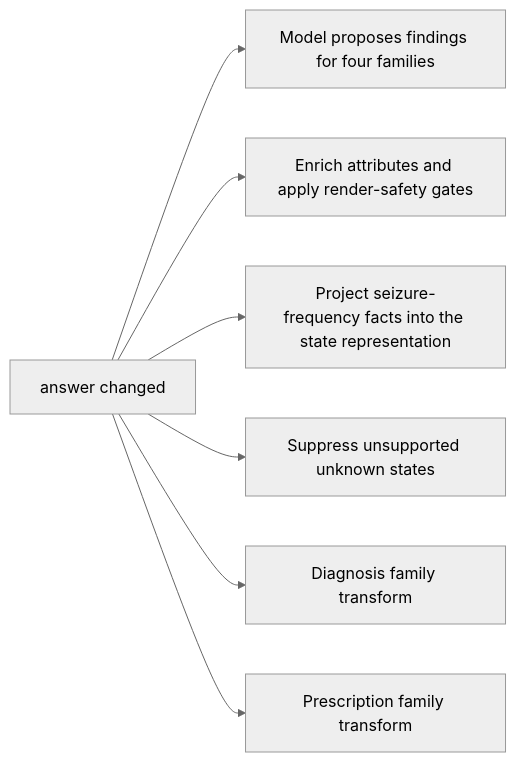
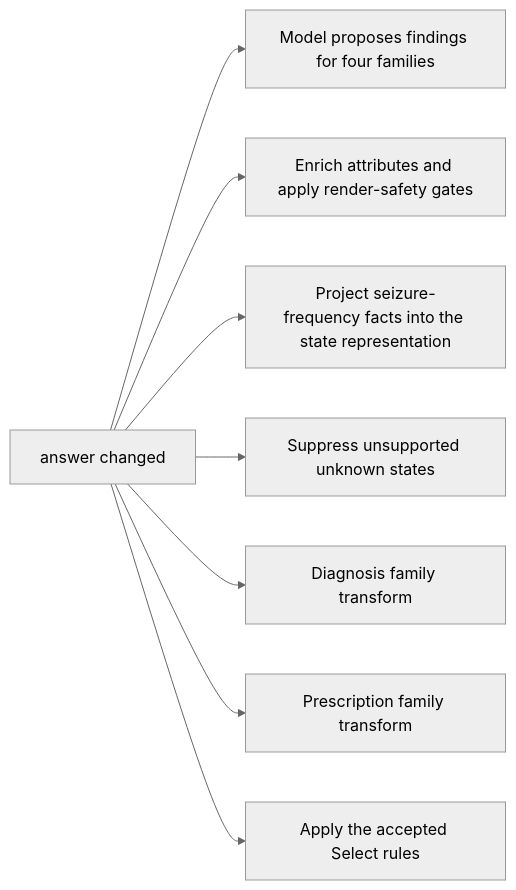
One commit to cbrown564-alt/clinical_extraction changed the sixth of 6 diagrams in docs/architecture/diagrams/attribution_origins.md. Above: the diagram before and after it, drawn with Mermaid (neutral theme). The commit also changed other lines of this file and 15 other files, not shown here.

First line of the commit message:
Show the ExECT select-rule stage on the architecture cards.

````diff
--- a/docs/architecture/diagrams/attribution_origins.md
+++ b/docs/architecture/diagrams/attribution_origins.md
@@ -97,16 +97,18 @@
 ```mermaid
 flowchart LR
   origin_exectv2_llm_pre_post["answer changed"]
   exect_llm_pre_post_model_call["Model proposes findings for four families"]
   origin_exectv2_llm_pre_post --> exect_llm_pre_post_model_call
   exect_llm_pre_post_project_and_gate["Enrich attributes and apply render-safety gates"]
   origin_exectv2_llm_pre_post --> exect_llm_pre_post_project_and_gate
   exect_llm_pre_post_sf_state_projection["Project seizure-frequency facts into the state representation"]
   origin_exectv2_llm_pre_post --> exect_llm_pre_post_sf_state_projection
   exect_llm_pre_post_sf_unknown_suppression["Suppress unsupported unknown states"]
   origin_exectv2_llm_pre_post --> exect_llm_pre_post_sf_unknown_suppression
   exect_llm_pre_post_lens_diagnosis["Diagnosis family transform"]
   origin_exectv2_llm_pre_post --> exect_llm_pre_post_lens_diagnosis
   exect_llm_pre_post_lens_prescription["Prescription family transform"]
   origin_exectv2_llm_pre_post --> exect_llm_pre_post_lens_prescription
+  exect_llm_pre_post_select_rules["Apply the accepted Select rules"]
+  origin_exectv2_llm_pre_post --> exect_llm_pre_post_select_rules
 ```
````
